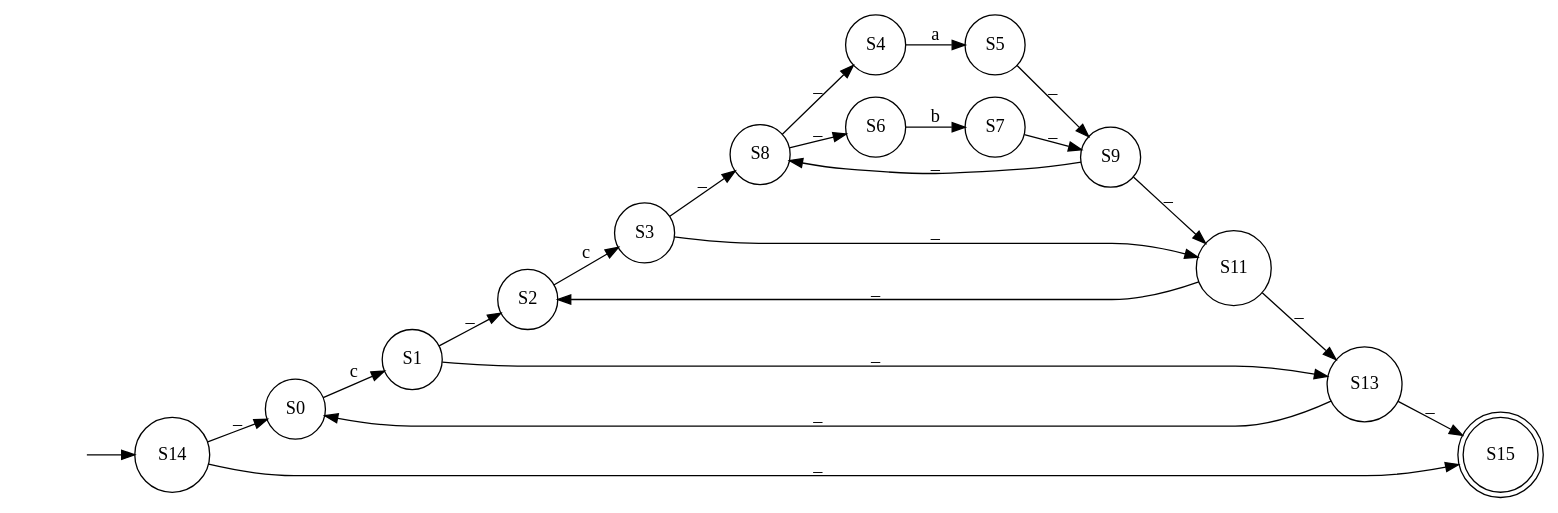
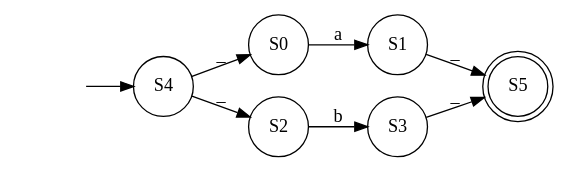
The diagram in ALE2/ALE2/bin/Debug/abc.dot (bobirok/Automata-ALE2), drawn with Graphviz before and after one commit. The commit also changed 12 other files, not shown here.

```diff
--- a/ALE2/ALE2/bin/Debug/abc.dot
+++ b/ALE2/ALE2/bin/Debug/abc.dot
@@ -1,39 +1,17 @@
 digraph myAutomaton {
 rankdir=LR;
 " " [shape=none]
 "S0" [shape=circle]
 "S1" [shape=circle]
 "S2" [shape=circle]
 "S3" [shape=circle]
 "S4" [shape=circle]
-"S5" [shape=circle]
-"S6" [shape=circle]
-"S7" [shape=circle]
-"S8" [shape=circle]
-"S9" [shape=circle]
-"S11" [shape=circle]
-"S13" [shape=circle]
-"S14" [shape=circle]
-"S15" [shape=doublecircle]
+"S5" [shape=doublecircle]
 
-" " -> "S14""S14" -> "S0"[label="_"]
-"S2" -> "S3"[label="c"]
-"S4" -> "S5"[label="a"]
-"S6" -> "S7"[label="b"]
-"S8" -> "S4"[label="_"]
-"S8" -> "S6"[label="_"]
-"S5" -> "S9"[label="_"]
-"S7" -> "S9"[label="_"]
-"S3" -> "S8"[label="_"]
-"S3" -> "S11"[label="_"]
-"S9" -> "S8"[label="_"]
-"S9" -> "S11"[label="_"]
-"S1" -> "S2"[label="_"]
-"S1" -> "S13"[label="_"]
-"S11" -> "S2"[label="_"]
-"S11" -> "S13"[label="_"]
-"S0" -> "S1"[label="c"]
-"S14" -> "S15"[label="_"]
-"S13" -> "S0"[label="_"]
-"S13" -> "S15"[label="_"]
+" " -> "S4""S4" -> "S0"[label="_"]
+"S2" -> "S3"[label="b"]
+"S0" -> "S1"[label="a"]
+"S4" -> "S2"[label="_"]
+"S1" -> "S5"[label="_"]
+"S3" -> "S5"[label="_"]
 }
```
